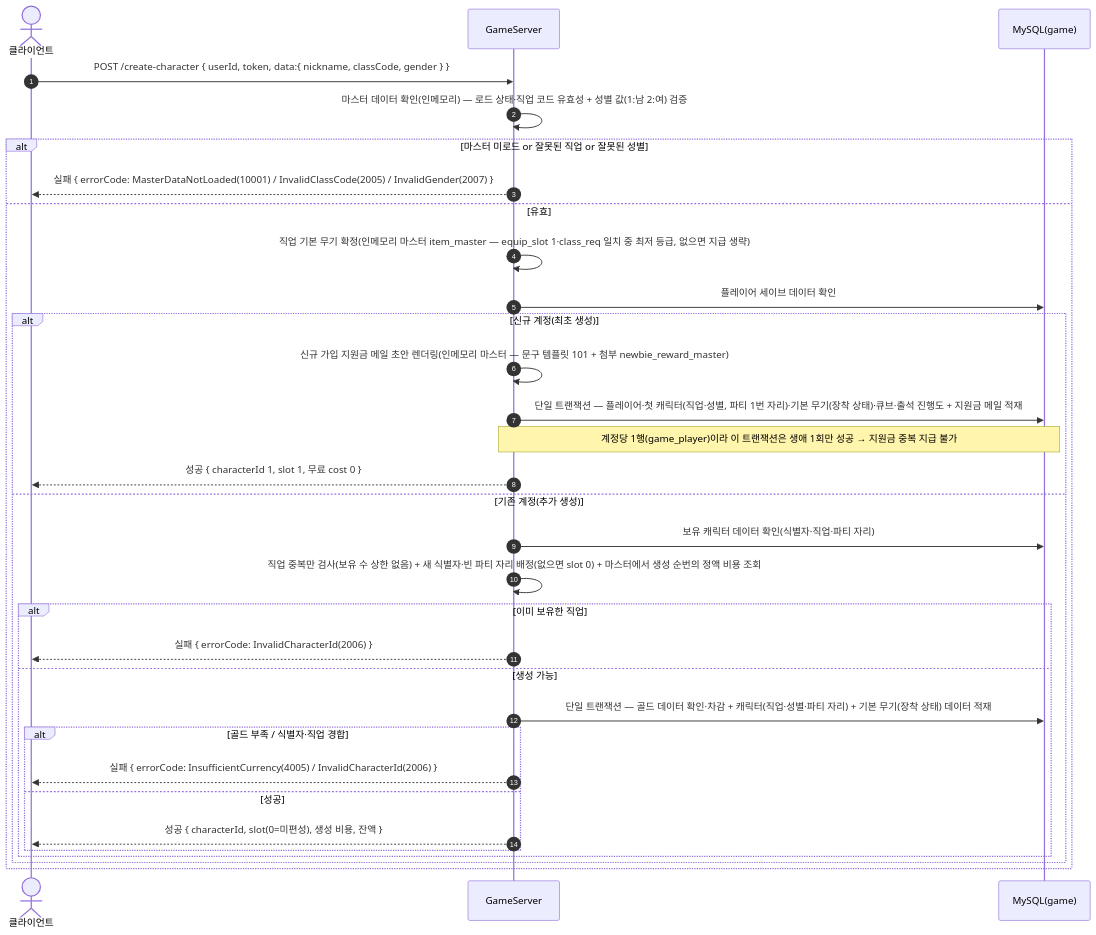
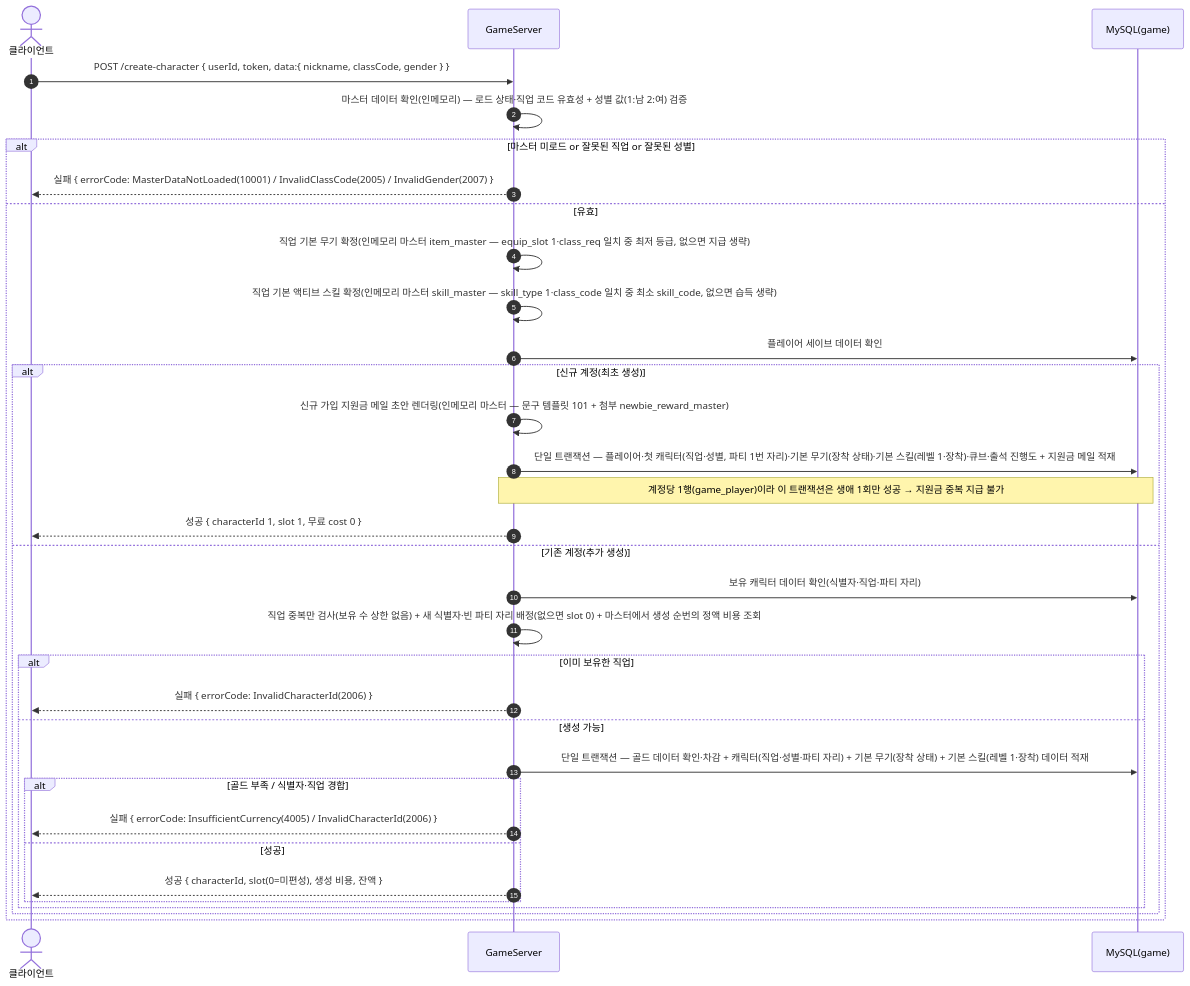
Before and after one commit to ks-wook/com2us-taskbar-hero: the seventh of 40 diagrams in SequenceDiagram/README.md, drawn with Mermaid. The commit also changed other lines of this file and 16 other files, not shown here.

````diff
--- a/SequenceDiagram/README.md
+++ b/SequenceDiagram/README.md
@@ -214,35 +250,36 @@
 ```mermaid
 sequenceDiagram
     autonumber
     actor C as 클라이언트
     participant S as GameServer
     participant DB as MySQL(game)
 
     C->>S: POST /create-character { userId, token, data:{ nickname, classCode, gender } }
     S->>S: 마스터 데이터 확인(인메모리) — 로드 상태·직업 코드 유효성 + 성별 값(1:남 2:여) 검증
     alt 마스터 미로드 or 잘못된 직업 or 잘못된 성별
         S-->>C: 실패 { errorCode: MasterDataNotLoaded(10001) / InvalidClassCode(2005) / InvalidGender(2007) }
     else 유효
         S->>S: 직업 기본 무기 확정(인메모리 마스터 item_master — equip_slot 1·class_req 일치 중 최저 등급, 없으면 지급 생략)
+        S->>S: 직업 기본 액티브 스킬 확정(인메모리 마스터 skill_master — skill_type 1·class_code 일치 중 최소 skill_code, 없으면 습득 생략)
         S->>DB: 플레이어 세이브 데이터 확인
         alt 신규 계정(최초 생성)
             S->>S: 신규 가입 지원금 메일 초안 렌더링(인메모리 마스터 — 문구 템플릿 101 + 첨부 newbie_reward_master)
-            S->>DB: 단일 트랜잭션 — 플레이어·첫 캐릭터(직업·성별, 파티 1번 자리)·기본 무기(장착 상태)·큐브·출석 진행도 + 지원금 메일 적재
+            S->>DB: 단일 트랜잭션 — 플레이어·첫 캐릭터(직업·성별, 파티 1번 자리)·기본 무기(장착 상태)·기본 스킬(레벨 1·장착)·큐브·출석 진행도 + 지원금 메일 적재
             Note over S,DB: 계정당 1행(game_player)이라 이 트랜잭션은 생애 1회만 성공 → 지원금 중복 지급 불가
             S-->>C: 성공 { characterId 1, slot 1, 무료 cost 0 }
         else 기존 계정(추가 생성)
             S->>DB: 보유 캐릭터 데이터 확인(식별자·직업·파티 자리)
             S->>S: 직업 중복만 검사(보유 수 상한 없음) + 새 식별자·빈 파티 자리 배정(없으면 slot 0) + 마스터에서 생성 순번의 정액 비용 조회
             alt 이미 보유한 직업
                 S-->>C: 실패 { errorCode: InvalidCharacterId(2006) }
             else 생성 가능
-                S->>DB: 단일 트랜잭션 — 골드 데이터 확인·차감 + 캐릭터(직업·성별·파티 자리) + 기본 무기(장착 상태) 데이터 적재
+                S->>DB: 단일 트랜잭션 — 골드 데이터 확인·차감 + 캐릭터(직업·성별·파티 자리) + 기본 무기(장착 상태) + 기본 스킬(레벨 1·장착) 데이터 적재
                 alt 골드 부족 / 식별자·직업 경합
                     S-->>C: 실패 { errorCode: InsufficientCurrency(4005) / InvalidCharacterId(2006) }
                 else 성공
                     S-->>C: 성공 { characterId, slot(0=미편성), 생성 비용, 잔액 }
                 end
             end
         end
     end
 ```
````
